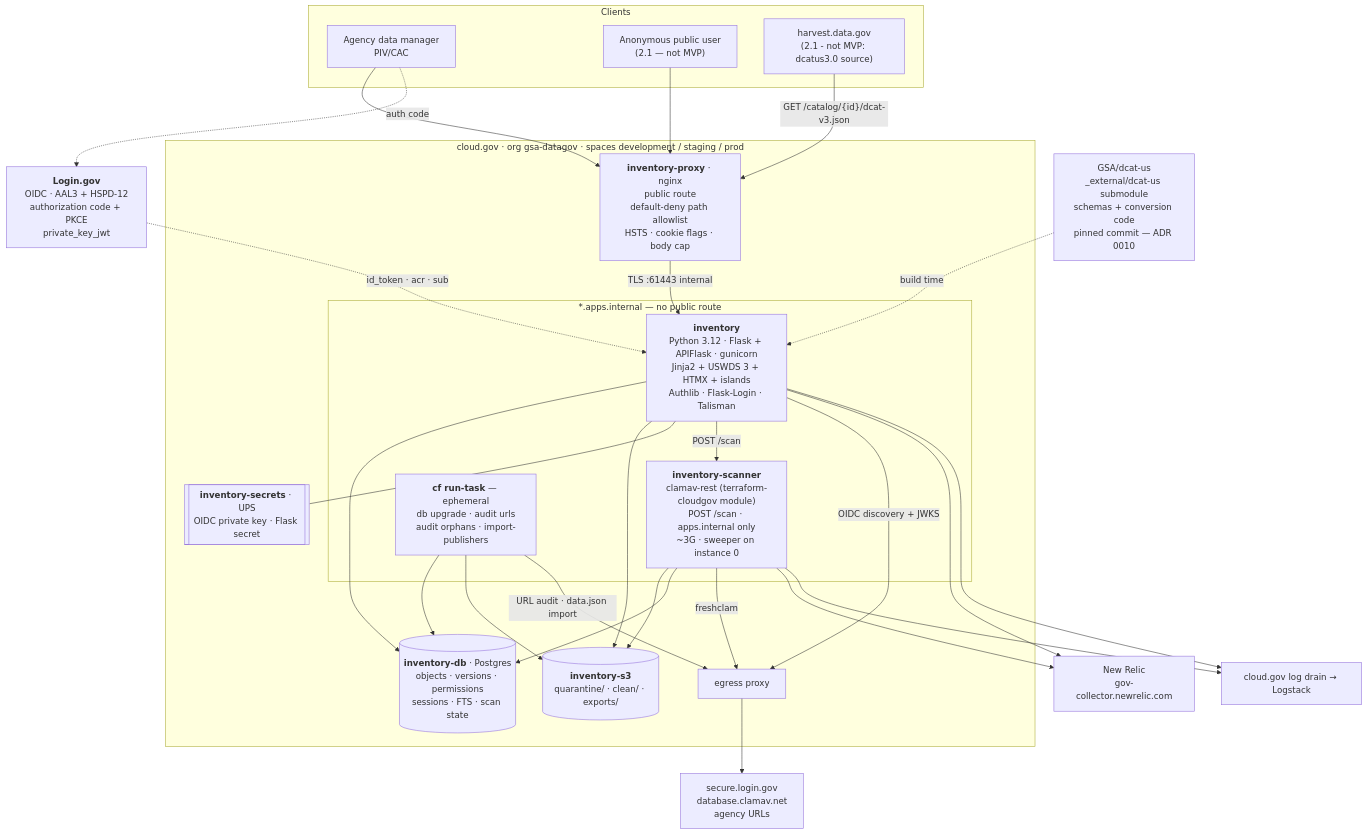
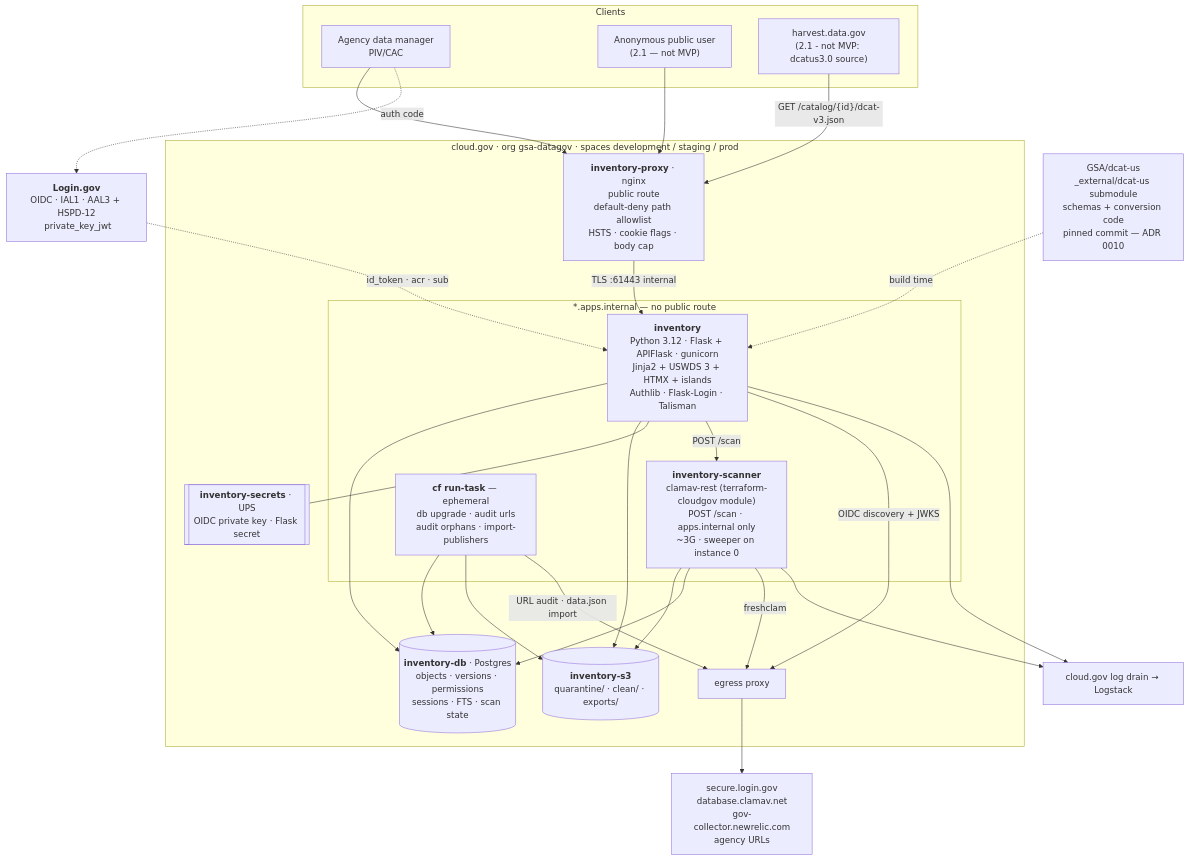
The first of 7 diagrams in docs/architecture.md (GSA/datagov-inventory), drawn with Mermaid before and after one commit. The commit also changed other lines of this file and 5 other files, not shown here.

First line of the commit message:
Delete Login.gov SAML vs OIDC ADR

````diff
--- a/docs/architecture.md
+++ b/docs/architecture.md
@@ -49,56 +49,53 @@
 ```mermaid
 flowchart TB
     subgraph clients["Clients"]
         GOV["Agency data manager<br/>PIV/CAC"]
         PUB["Anonymous public user<br/>(2.1 — not MVP)"]
         HARV["harvest.data.gov<br/>(2.1 - not MVP: dcatus3.0 source)"]
     end
 
-    IDP["<b>Login.gov</b><br/>OIDC · AAL3 + HSPD-12<br/>authorization code + PKCE<br/>private_key_jwt"]
+    IDP["<b>Login.gov</b><br/>OIDC · IAL1 · AAL3 + HSPD-12<br/> private_key_jwt"]
 
     subgraph cf["cloud.gov · org gsa-datagov · spaces development / staging / prod"]
         PROXY["<b>inventory-proxy</b> · nginx<br/>public route<br/>default-deny path allowlist<br/>HSTS · cookie flags · body cap"]
 
         subgraph internal["*.apps.internal — no public route"]
             WEB["<b>inventory</b><br/>Python 3.12 · Flask + APIFlask · gunicorn<br/>Jinja2 + USWDS 3 + HTMX + islands<br/>Authlib · Flask-Login · Talisman"]
             SCAN["<b>inventory-scanner</b><br/>clamav-rest (terraform-cloudgov module)<br/>POST /scan · apps.internal only<br/>~3G · sweeper on instance 0"]
             TASK["<b>cf run-task</b> — ephemeral<br/>db upgrade · audit urls<br/>audit orphans · import-publishers"]
         end
 
         PG[("<b>inventory-db</b> · Postgres<br/>objects · versions · permissions<br/>sessions · FTS · scan state")]
         S3[("<b>inventory-s3</b><br/>quarantine/ · clean/ · exports/")]
         SEC[["<b>inventory-secrets</b> · UPS<br/>OIDC private key · Flask secret"]]
         EGRESS["egress proxy"]
     end
 
-    NR["New Relic<br/>gov-collector.newrelic.com"]
     LOG["cloud.gov log drain → Logstack"]
     SCHEMA["GSA/dcat-us<br/>_external/dcat-us submodule<br/>schemas + conversion code<br/>pinned commit — ADR 0010"]
 
     GOV --> PROXY
     PUB --> PROXY
     HARV -->|"GET /catalog/{id}/dcat-v3.json"| PROXY
     PROXY -->|"TLS :61443 internal"| WEB
     GOV -.->|"auth code"| IDP
     IDP -.->|"id_token · acr · sub"| WEB
 
     WEB --> PG
     WEB --> S3
     WEB --- SEC
     WEB -->|"POST /scan"| SCAN
     SCAN --> S3
     SCAN --> PG
     TASK --> PG
     TASK --> S3
 
     WEB -->|"OIDC discovery + JWKS"| EGRESS
     SCAN -->|"freshclam"| EGRESS
     TASK -->|"URL audit · data.json import"| EGRESS
-    EGRESS --> OUT["secure.login.gov<br/>database.clamav.net<br/>agency URLs"]
+    EGRESS --> OUT["secure.login.gov<br/>database.clamav.net<br/>gov-collector.newrelic.com<br/>agency URLs"]
 
     SCHEMA -.->|"build time"| WEB
-    WEB --> NR
-    SCAN --> NR
     WEB --> LOG
     SCAN --> LOG
 ```
````
